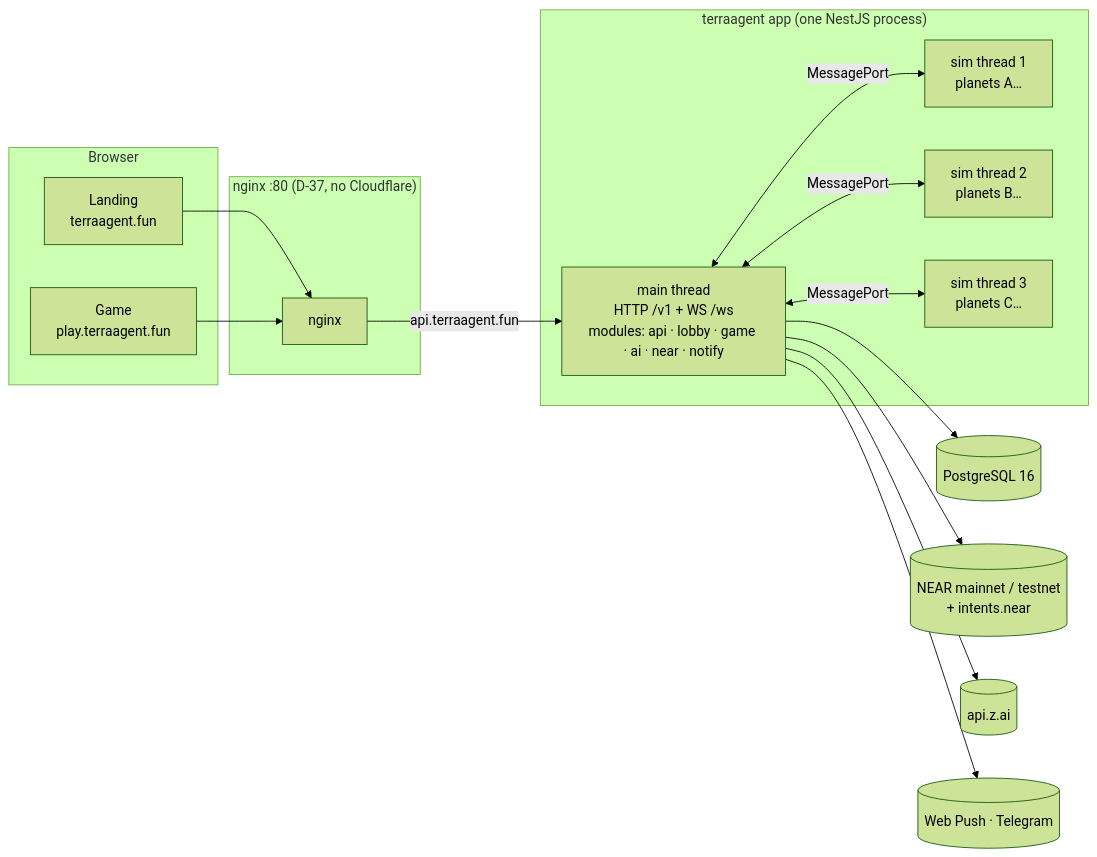
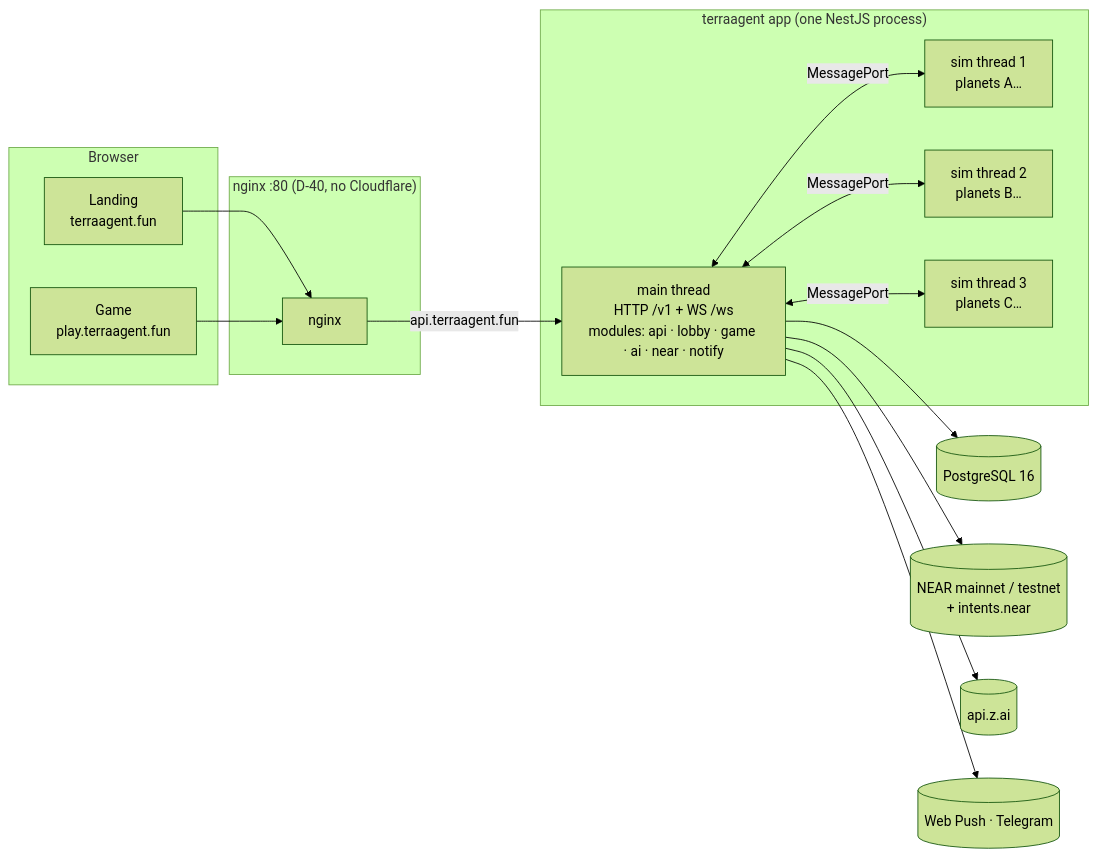
Before and after one commit to recferret-bit/terraagent: the first of 3 diagrams in docs/spec/ARCHITECTURE.md, drawn with Mermaid (forest theme). The commit also changed other lines of this file and 158 other files, not shown here.

````diff
--- a/docs/spec/ARCHITECTURE.md
+++ b/docs/spec/ARCHITECTURE.md
@@ -31,34 +31,34 @@
 ```mermaid
 flowchart LR
   subgraph Browser
     LAND["Landing<br/>terraagent.fun"]
     GAME["Game<br/>play.terraagent.fun"]
   end
 
-  subgraph Edge["nginx :80 (D-37, no Cloudflare)"]
+  subgraph Edge["nginx :80 (D-40, no Cloudflare)"]
     NGX["nginx"]
   end
 
   subgraph App["terraagent app (one NestJS process)"]
     MAIN["main thread<br/>HTTP /v1 + WS /ws<br/>modules: api · lobby · game · ai · near · notify"]
     T1["sim thread 1<br/>planets A…"]
     T2["sim thread 2<br/>planets B…"]
     T3["sim thread 3<br/>planets C…"]
     MAIN <-->|MessagePort| T1
     MAIN <-->|MessagePort| T2
     MAIN <-->|MessagePort| T3
   end
 
   PG[("PostgreSQL 16")]
   CHAIN[("NEAR mainnet / testnet<br/>+ intents.near")]
   ZAI[("api.z.ai")]
   PUSH[("Web Push · Telegram")]
 
   LAND --> NGX
   GAME --> NGX
   NGX -->|api.terraagent.fun| MAIN
   MAIN --> PG
   MAIN --> ZAI
   MAIN --> CHAIN
   MAIN --> PUSH
 ```
````
